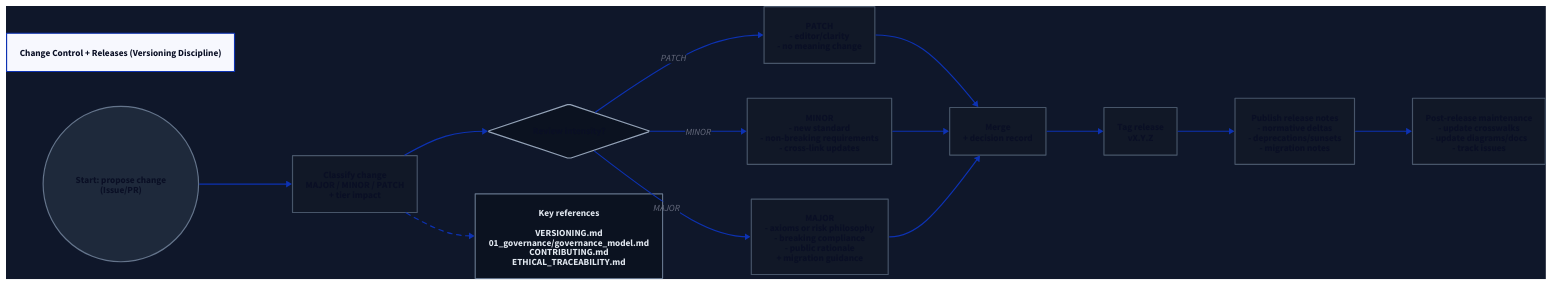
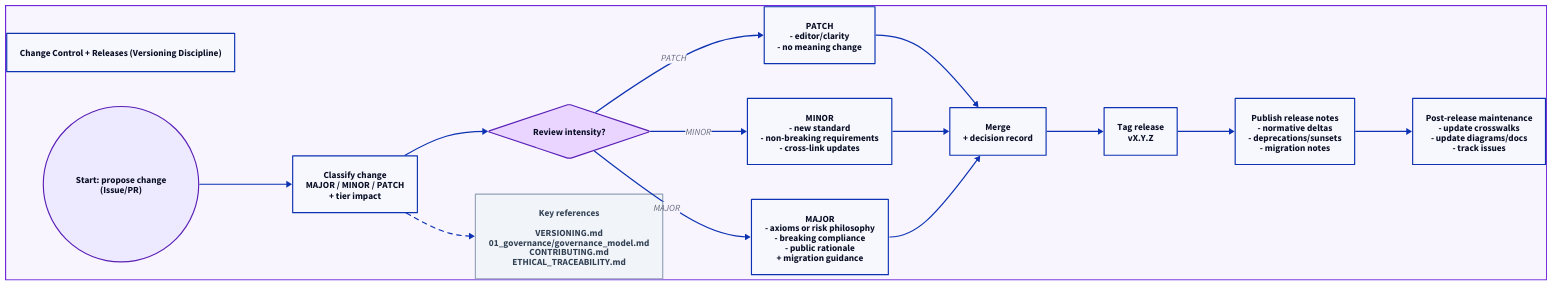
The diagram in diagrams/release_pipeline.d2 (adamsdsit/ai-quantum-ethics-standards), drawn with D2 before and after one commit. The commit also changed other lines of this file and 9 other files, not shown here.

Commit message:
Refresh D2 diagrams with purple/white theme

```diff
--- a/diagrams/release_pipeline.d2
+++ b/diagrams/release_pipeline.d2
@@ -1,68 +1,54 @@
 direction: right
 
 title: "Change Control + Releases (Versioning Discipline)"
 
 style: {
-  fill: "#0f172a"
-  stroke: "#334155"
-  font-color: "#e2e8f0"
+  fill: "#F8F5FF"
+  stroke: "#6D28D9"
+  font-color: "#2E1065"
+  font-size: 18
+  stroke-width: 2
 }
 
 start: "Start: propose change\n(Issue/PR)" {
   shape: circle
-  style: { fill: "#1e293b"; stroke: "#64748b" }
+  style: { fill: "#EDE9FE"; stroke: "#5B21B6" }
 }
 
-classify: "Classify change\nMAJOR / MINOR / PATCH\n+ tier impact" {
-  style: { fill: "#111827"; stroke: "#475569" }
-}
+classify: "Classify change\nMAJOR / MINOR / PATCH\n+ tier impact"
 
 review_gate: "Review intensity?" {
   shape: diamond
-  style: { fill: "#0b1220"; stroke: "#94a3b8" }
+  style: { fill: "#E9D5FF"; stroke: "#5B21B6" }
 }
 
-patch: "PATCH\n- editor/clarity\n- no meaning change" {
-  style: { fill: "#111827"; stroke: "#475569" }
-}
+patch: "PATCH\n- editor/clarity\n- no meaning change"
 
-minor: "MINOR\n- new standard\n- non-breaking requirements\n- cross-link updates" {
-  style: { fill: "#111827"; stroke: "#475569" }
-}
+minor: "MINOR\n- new standard\n- non-breaking requirements\n- cross-link updates"
 
-major: "MAJOR\n- axioms or risk philosophy\n- breaking compliance\n- public rationale\n+ migration guidance" {
-  style: { fill: "#111827"; stroke: "#475569" }
-}
+major: "MAJOR\n- axioms or risk philosophy\n- breaking compliance\n- public rationale\n+ migration guidance"
 
-merge: "Merge\n+ decision record" {
-  style: { fill: "#111827"; stroke: "#475569" }
-}
+merge: "Merge\n+ decision record"
 
-tag: "Tag release\nvX.Y.Z" {
-  style: { fill: "#111827"; stroke: "#475569" }
-}
+tag: "Tag release\nvX.Y.Z"
 
-notes: "Publish release notes\n- normative deltas\n- deprecations/sunsets\n- migration notes" {
-  style: { fill: "#111827"; stroke: "#475569" }
-}
+notes: "Publish release notes\n- normative deltas\n- deprecations/sunsets\n- migration notes"
 
-maintenance: "Post-release maintenance\n- update crosswalks\n- update diagrams/docs\n- track issues" {
-  style: { fill: "#111827"; stroke: "#475569" }
-}
+maintenance: "Post-release maintenance\n- update crosswalks\n- update diagrams/docs\n- track issues"
 
 start -> classify -> review_gate
 review_gate -> patch: "PATCH"
 review_gate -> minor: "MINOR"
 review_gate -> major: "MAJOR"
 
 patch -> merge
 minor -> merge
 major -> merge
 
 merge -> tag -> notes -> maintenance
 
 refs: "Key references\n\nVERSIONING.md\n01_governance/governance_model.md\nCONTRIBUTING.md\nETHICAL_TRACEABILITY.md" {
-  style: { fill: "#0b1220"; stroke: "#64748b"; font-color: "#e2e8f0" }
+  style: { fill: "#F1F5F9"; stroke: "#94A3B8"; font-color: "#334155"; font-size: 16 }
 }
 
 classify -> refs: { style.stroke-dash: 4 }
```
